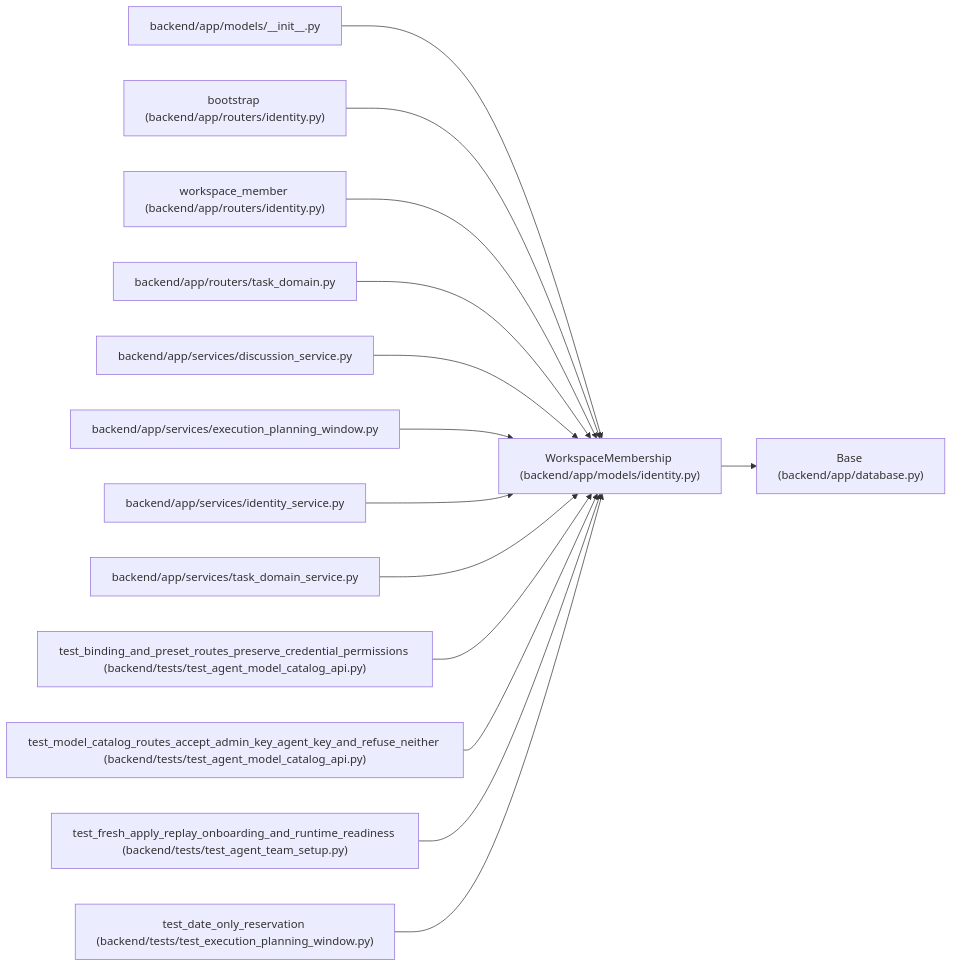
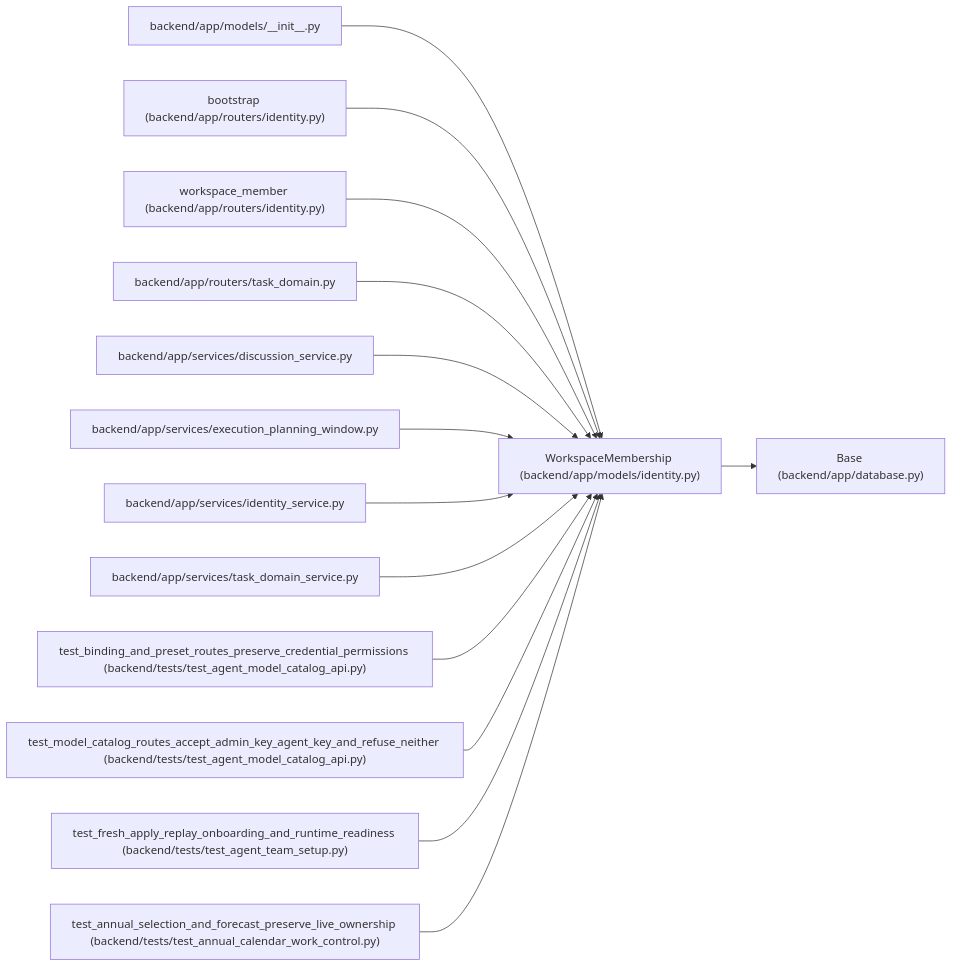
One commit to Denissvgn/WorkChord changed the diagram in docs/llm_wiki/entities/WorkspaceMembership.md. Above: the diagram before and after it, drawn with Mermaid. The commit also changed other lines of this file and 920 other files, not shown here.

Commit message:
Document explicit annual calendars and forecast ownership

````diff
--- a/docs/llm_wiki/entities/WorkspaceMembership.md
+++ b/docs/llm_wiki/entities/WorkspaceMembership.md
@@ -27,44 +27,44 @@
 ```mermaid
 flowchart LR
     n0["WorkspaceMembership (backend/app/models/identity.py)"]
     n1["Base (backend/app/database.py)"]
     n2["backend/app/models/__init__.py"]
     n3["bootstrap (backend/app/routers/identity.py)"]
     n4["workspace_member (backend/app/routers/identity.py)"]
     n5["backend/app/routers/task_domain.py"]
     n6["backend/app/services/discussion_service.py"]
     n7["backend/app/services/execution_planning_window.py"]
     n8["backend/app/services/identity_service.py"]
     n9["backend/app/services/task_domain_service.py"]
     n10["test_binding_and_preset_routes_preserve_credential_permissions (backend/tests/test_agent_model_catalog_api.py)"]
     n11["test_model_catalog_routes_accept_admin_key_agent_key_and_refuse_neither (backend/tests/test_agent_model_catalog_api.py)"]
     n12["test_fresh_apply_replay_onboarding_and_runtime_readiness (backend/tests/test_agent_team_setup.py)"]
-    n13["test_date_only_reservation (backend/tests/test_execution_planning_window.py)"]
+    n13["test_annual_selection_and_forecast_preserve_live_ownership (backend/tests/test_annual_calendar_work_control.py)"]
     n0 --> n1
     n2 --> n0
     n3 --> n0
     n4 --> n0
     n5 --> n0
     n6 --> n0
     n7 --> n0
     n8 --> n0
     n9 --> n0
     n10 --> n0
     n11 --> n0
     n12 --> n0
     n13 --> n0
     click n0 "../modules/models_identity.md"
     click n1 "../modules/app_database.md"
     click n2 "../modules/models___init__.md"
     click n3 "../modules/routers_identity.md"
     click n4 "../modules/routers_identity.md"
     click n5 "../modules/routers_task_domain.md"
     click n6 "../modules/discussion_service.md"
     click n7 "../modules/execution_planning_window.md"
     click n8 "../modules/identity_service.md"
     click n9 "../modules/task_domain_service.md"
     click n10 "../modules/test_agent_model_catalog_api.md"
     click n11 "../modules/test_agent_model_catalog_api.md"
     click n12 "../modules/test_agent_team_setup.md"
-    click n13 "../modules/test_execution_planning_window.md"
+    click n13 "../modules/test_annual_calendar_work_control.md"
 ```
````
